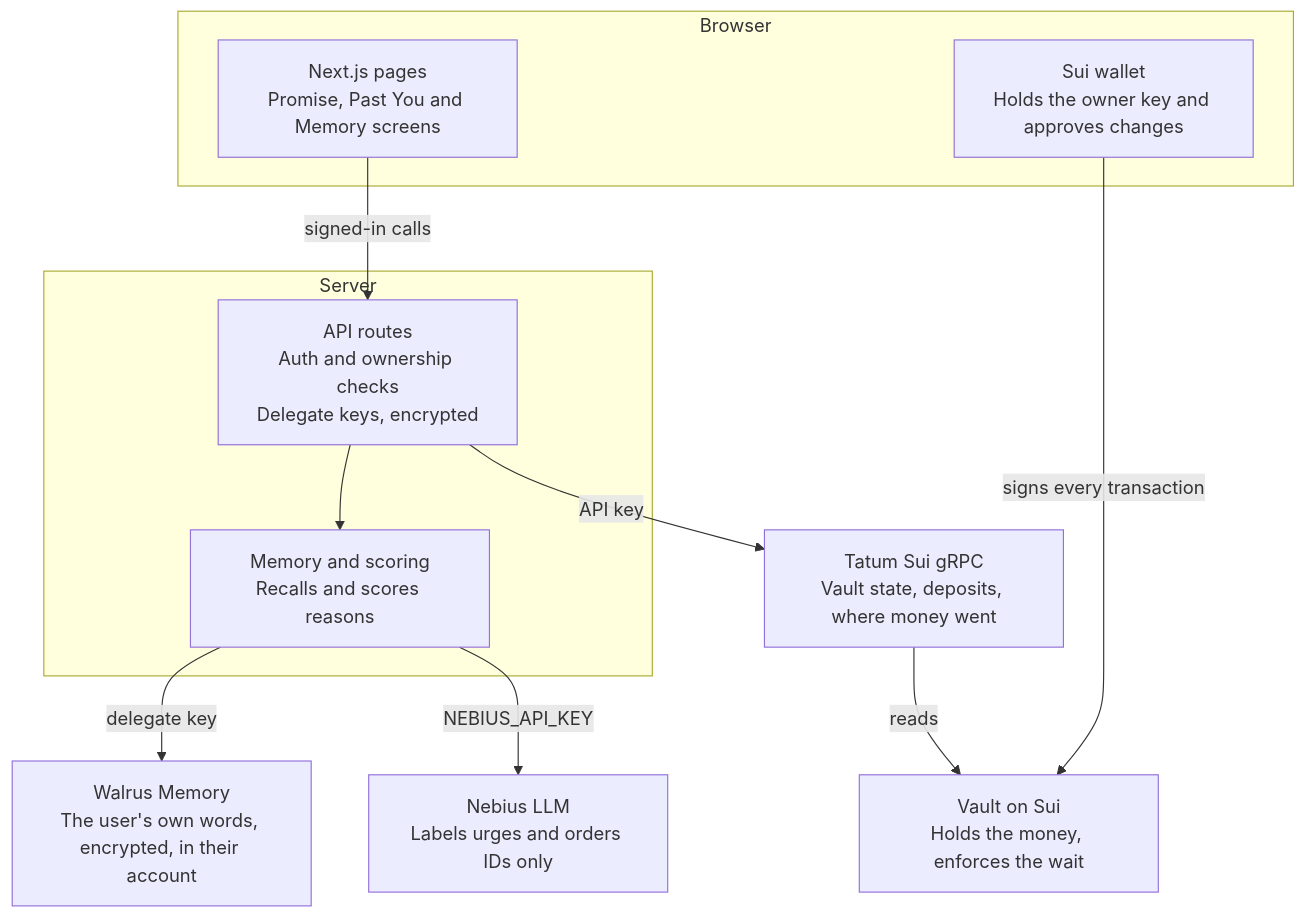
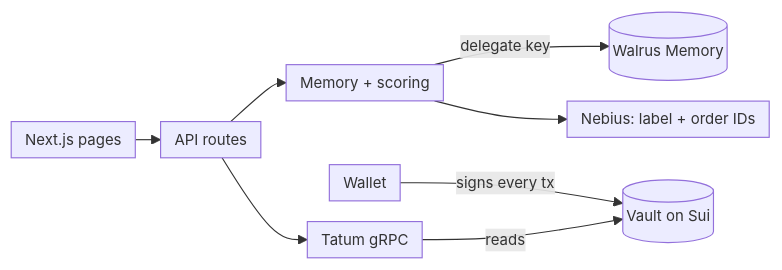
The second of 2 diagrams in README.md (fozagtx/PastU), drawn with Mermaid before and after one commit. The commit also changed other lines of this file, not shown here.

First line of the commit message:
README: compact diagrams, logo badges, key and testnet setup guide

````diff
--- a/README.md
+++ b/README.md
@@ -74,18 +80,10 @@
 ```mermaid
-flowchart TB
-    subgraph Browser
-        P["Next.js pages<br/>Promise, Past You and Memory screens"]
-        W["Sui wallet<br/>Holds the owner key and approves changes"]
-    end
-    subgraph Server
-        API["API routes<br/>Auth and ownership checks<br/>Delegate keys, encrypted"]
-        M["Memory and scoring<br/>Recalls and scores reasons"]
-    end
-    P -->|signed-in calls| API
-    API --> M
-    M -->|delegate key| WM["Walrus Memory<br/>The user's own words, encrypted, in their account"]
-    M -->|NEBIUS_API_KEY| N["Nebius LLM<br/>Labels urges and orders IDs only"]
-    API -->|API key| T["Tatum Sui gRPC<br/>Vault state, deposits, where money went"]
-    T -->|reads| V["Vault on Sui<br/>Holds the money, enforces the wait"]
-    W -->|signs every transaction| V
+%%{init: {'themeVariables': {'fontSize': '13px'}, 'flowchart': {'nodeSpacing': 18, 'rankSpacing': 22, 'padding': 6}}}%%
+flowchart LR
+    W[Wallet] -->|signs every tx| V[(Vault on Sui)]
+    P[Next.js pages] --> API[API routes]
+    API --> M[Memory + scoring]
+    M -->|delegate key| WM[(Walrus Memory)]
+    M --> N[Nebius: label + order IDs]
+    API --> T[Tatum gRPC] -->|reads| V
 ```
````
